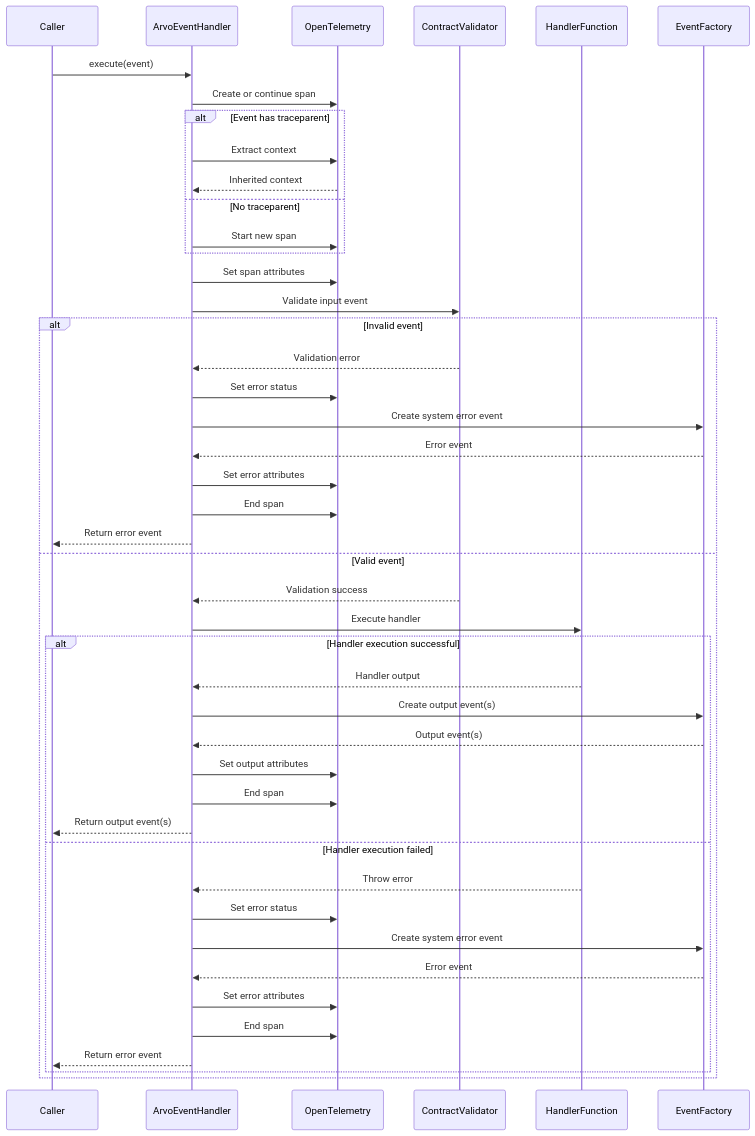
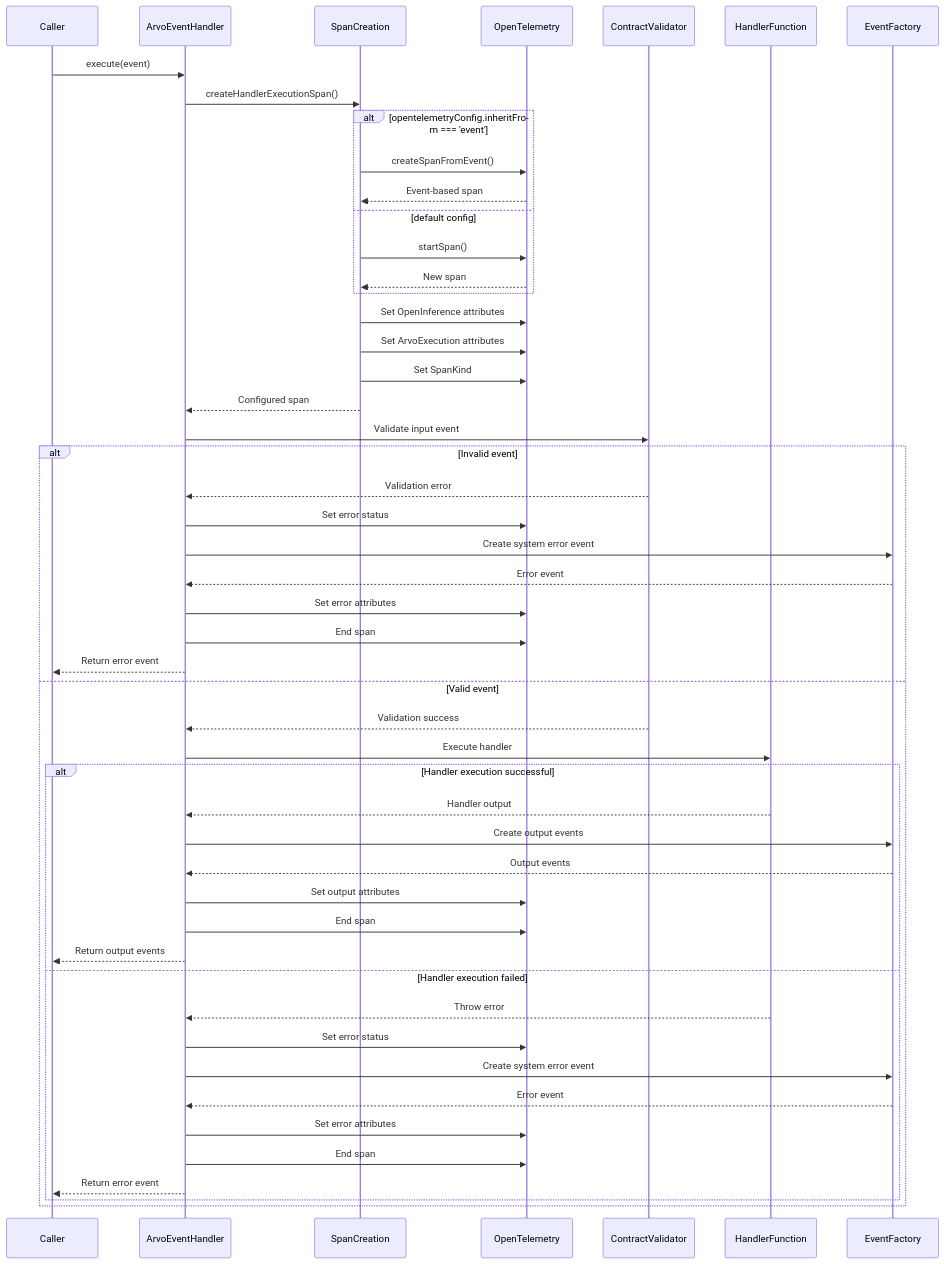
The second of 2 diagrams in src/ArvoEventHandler/ExecutionDiagrams.md (SaadAhmad123/arvo-event-handler), drawn with Mermaid before and after one commit. The commit also changed other lines of this file and 8 other files, not shown here.

````diff
--- a/src/ArvoEventHandler/ExecutionDiagrams.md
+++ b/src/ArvoEventHandler/ExecutionDiagrams.md
@@ -62,53 +71,59 @@
 ```mermaid
 sequenceDiagram
     participant Caller
-    participant ArvoEventHandler
-    participant OpenTelemetry
-    participant ContractValidator
-    participant HandlerFunction
-    participant EventFactory
+    participant Handler as ArvoEventHandler
+    participant Span as SpanCreation
+    participant OTel as OpenTelemetry
+    participant Validator as ContractValidator
+    participant Function as HandlerFunction
+    participant Factory as EventFactory
 
-    Caller->>ArvoEventHandler: execute(event)
-    ArvoEventHandler->>OpenTelemetry: Create or continue span
+    Caller->>Handler: execute(event)
+    
+    Handler->>Span: createHandlerExecutionSpan()
+    
+    alt opentelemetryConfig.inheritFrom === 'event'
+        Span->>OTel: createSpanFromEvent()
+        OTel-->>Span: Event-based span
+    else default config
+        Span->>OTel: startSpan()
+        OTel-->>Span: New span
+    end
+    
+    Span->>OTel: Set OpenInference attributes
+    Span->>OTel: Set ArvoExecution attributes
+    Span->>OTel: Set SpanKind
+    Span-->>Handler: Configured span
 
-    alt Event has traceparent
-        ArvoEventHandler->>OpenTelemetry: Extract context
-        OpenTelemetry-->>ArvoEventHandler: Inherited context
-    else No traceparent
-        ArvoEventHandler->>OpenTelemetry: Start new span
-    end
-
-    ArvoEventHandler->>OpenTelemetry: Set span attributes
-
-    ArvoEventHandler->>ContractValidator: Validate input event
-
+    Handler->>Validator: Validate input event
+    
     alt Invalid event
-        ContractValidator-->>ArvoEventHandler: Validation error
-        ArvoEventHandler->>OpenTelemetry: Set error status
-        ArvoEventHandler->>EventFactory: Create system error event
-        EventFactory-->>ArvoEventHandler: Error event
-        ArvoEventHandler->>OpenTelemetry: Set error attributes
-        ArvoEventHandler->>OpenTelemetry: End span
-        ArvoEventHandler-->>Caller: Return error event
+        Validator-->>Handler: Validation error
+        Handler->>OTel: Set error status
+        Handler->>Factory: Create system error event
+        Factory-->>Handler: Error event
+        Handler->>OTel: Set error attributes
+        Handler->>OTel: End span
+        Handler-->>Caller: Return error event
     else Valid event
-        ContractValidator-->>ArvoEventHandler: Validation success
-        ArvoEventHandler->>HandlerFunction: Execute handler
+        Validator-->>Handler: Validation success
+        Handler->>Function: Execute handler
 
         alt Handler execution successful
-            HandlerFunction-->>ArvoEventHandler: Handler output
-            ArvoEventHandler->>EventFactory: Create output event(s)
-            EventFactory-->>ArvoEventHandler: Output event(s)
-            ArvoEventHandler->>OpenTelemetry: Set output attributes
-            ArvoEventHandler->>OpenTelemetry: End span
-            ArvoEventHandler-->>Caller: Return output event(s)
+            Function-->>Handler: Handler output
+            Handler->>Factory: Create output events
+            Factory-->>Handler: Output events
+            Handler->>OTel: Set output attributes
+            Handler->>OTel: End span
+            Handler-->>Caller: Return output events
         else Handler execution failed
-            HandlerFunction-->>ArvoEventHandler: Throw error
-            ArvoEventHandler->>OpenTelemetry: Set error status
-            ArvoEventHandler->>EventFactory: Create system error event
-            EventFactory-->>ArvoEventHandler: Error event
-            ArvoEventHandler->>OpenTelemetry: Set error attributes
-            ArvoEventHandler->>OpenTelemetry: End span
-            ArvoEventHandler-->>Caller: Return error event
+            Function-->>Handler: Throw error
+            Handler->>OTel: Set error status
+            Handler->>Factory: Create system error event
+            Factory-->>Handler: Error event
+            Handler->>OTel: Set error attributes
+            Handler->>OTel: End span
+            Handler-->>Caller: Return error event
         end
     end
 ```
````
